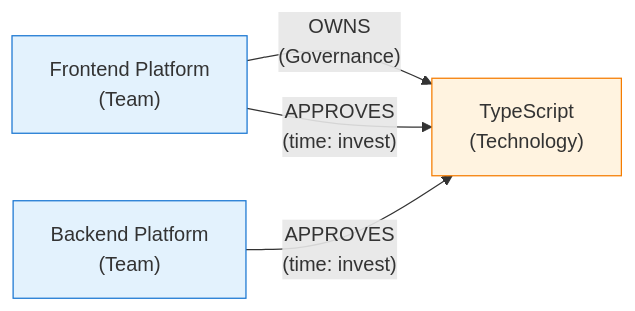
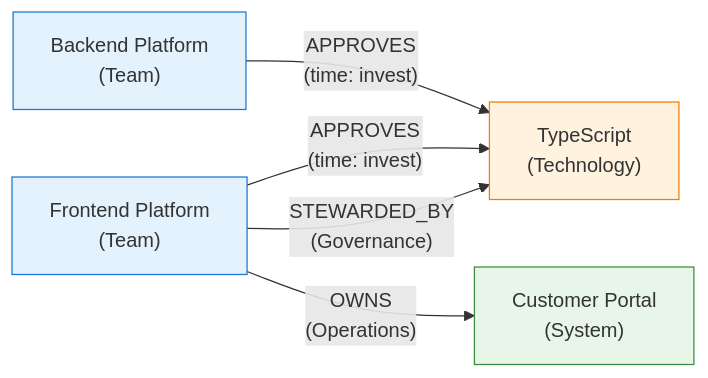
The second of 2 diagrams in content/architecture/graph-model.md (localgod/polaris), drawn with Mermaid before and after one commit. The commit also changed other lines of this file and 20 other files, not shown here.

````diff
--- a/content/architecture/graph-model.md
+++ b/content/architecture/graph-model.md
@@ -458,14 +669,17 @@
 ```mermaid
 graph LR
     FE["Frontend Platform<br/>(Team)"]
     BE["Backend Platform<br/>(Team)"]
     TS["TypeScript<br/>(Technology)"]
+    CP["Customer Portal<br/>(System)"]
     
-    FE -->|"OWNS<br/>(Governance)"| TS
+    FE -->|"STEWARDED_BY<br/>(Governance)"| TS
     FE -->|"APPROVES<br/>(time: invest)"| TS
     BE -->|"APPROVES<br/>(time: invest)"| TS
+    FE -->|"OWNS<br/>(Operations)"| CP
     
     style FE fill:#e3f2fd,stroke:#1976d2
     style BE fill:#e3f2fd,stroke:#1976d2
     style TS fill:#fff3e0,stroke:#f57c00
+    style CP fill:#e8f5e9,stroke:#388e3c
 ```
````
